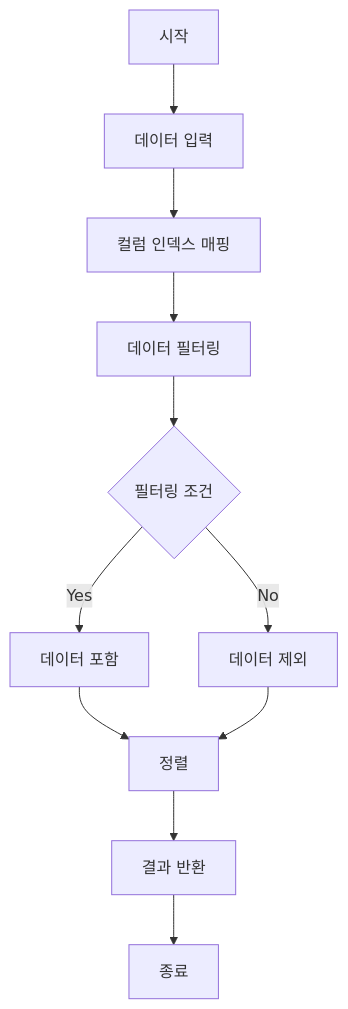
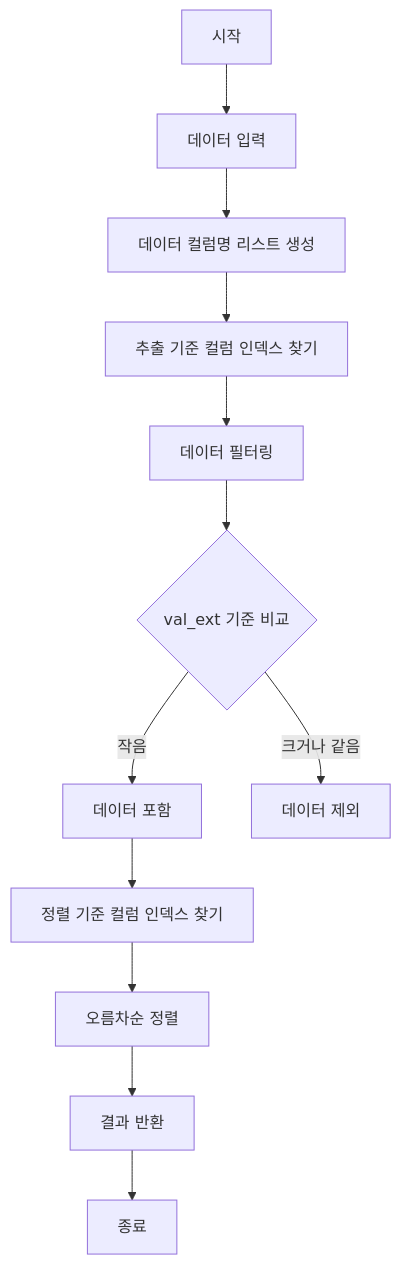
Before and after one commit to REDHAT1995/Programmers_repo: the diagram in LV1/데이터_분석/README.md, drawn with Mermaid. The commit also changed other lines of this file and 1 other file, not shown here.

Commit message:
문제 해결 코드 등록

````diff
--- a/LV1/데이터_분석/README.md
+++ b/LV1/데이터_분석/README.md
@@ -7,13 +7,14 @@
 ```mermaid
 flowchart TD
     A[시작] --> B[데이터 입력]
-    B --> C[컬럼 인덱스 매핑]
-    C --> D[데이터 필터링]
-    D --> E{필터링 조건}
-    E -->|Yes| F[데이터 포함]
-    E -->|No| G[데이터 제외]
-    F --> H[정렬]
-    G --> H
-    H --> I[결과 반환]
-    I --> J[종료]
+    B --> C[데이터 컬럼명 리스트 생성]
+    C --> D[추출 기준 컬럼 인덱스 찾기]
+    D --> E[데이터 필터링]
+    E --> F{val_ext 기준 비교}
+    F -->|작음| G[데이터 포함]
+    F -->|크거나 같음| H[데이터 제외]
+    G --> I[정렬 기준 컬럼 인덱스 찾기]
+    I --> J[오름차순 정렬]
+    J --> K[결과 반환]
+    K --> L[종료]
 ```
````
